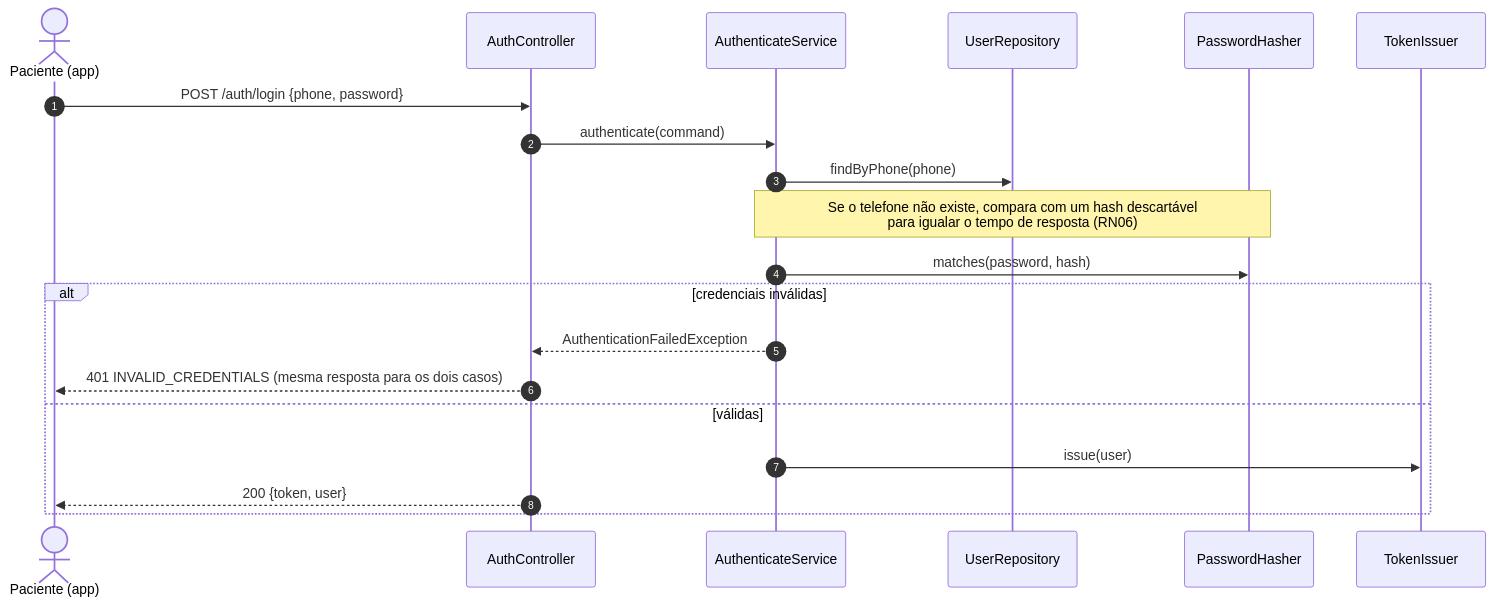
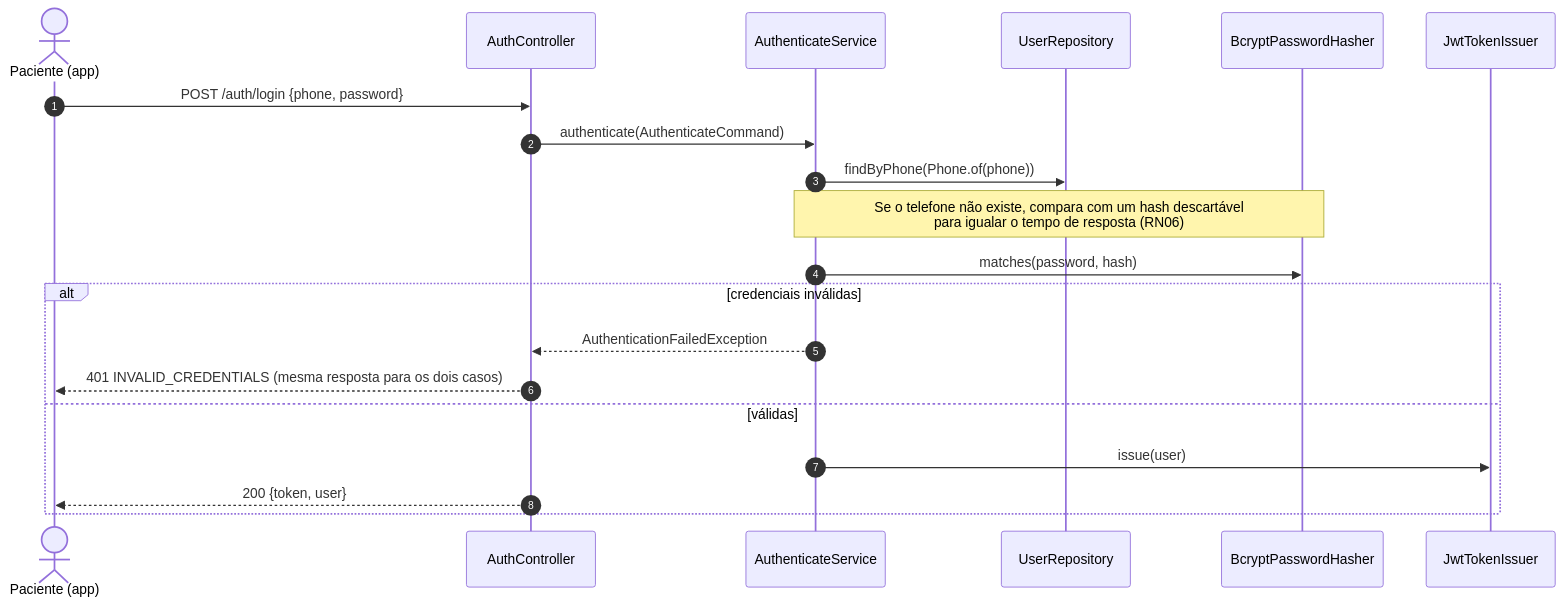
Before and after one commit to MarcioFerreiraL/clinics-backend: the second of 7 diagrams in docs/08-diagramas-de-sequencia.md, drawn with Mermaid. The commit also changed other lines of this file and 1 other file, not shown here.

First line of the commit message:
docs: arquitetura em camadas e diagramas atualizados

````diff
--- a/docs/08-diagramas-de-sequencia.md
+++ b/docs/08-diagramas-de-sequencia.md
@@ -36,23 +39,23 @@
 ```mermaid
 sequenceDiagram
     autonumber
     actor P as Paciente (app)
     participant C as AuthController
     participant S as AuthenticateService
     participant R as UserRepository
-    participant H as PasswordHasher
-    participant T as TokenIssuer
+    participant H as BcryptPasswordHasher
+    participant T as JwtTokenIssuer
 
     P->>C: POST /auth/login {phone, password}
-    C->>S: authenticate(command)
-    S->>R: findByPhone(phone)
+    C->>S: authenticate(AuthenticateCommand)
+    S->>R: findByPhone(Phone.of(phone))
     Note over S,H: Se o telefone não existe, compara com um hash descartável<br/>para igualar o tempo de resposta (RN06)
     S->>H: matches(password, hash)
     alt credenciais inválidas
         S-->>C: AuthenticationFailedException
         C-->>P: 401 INVALID_CREDENTIALS (mesma resposta para os dois casos)
     else válidas
         S->>T: issue(user)
         C-->>P: 200 {token, user}
     end
 ```
````
